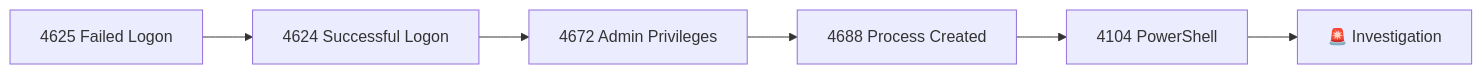
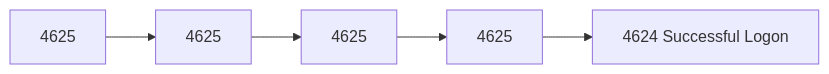
Before and after one commit to sadbattery/Windows-Event-IDs-Cheatsheet: the second of 6 diagrams in docs/authentication/4624-successful-logon.md, drawn with Mermaid. The commit also changed other lines of this file, not shown here.

````diff
--- a/docs/authentication/4624-successful-logon.md
+++ b/docs/authentication/4624-successful-logon.md
@@ -185,17 +277,8 @@
 ```mermaid
 flowchart LR
-
-A[4625 Failed Logon]
-
-B[4624 Successful Logon]
-
-C[4672 Admin Privileges]
-
-D[4688 Process Created]
-
-E[4104 PowerShell]
-
-F[🚨 Investigation]
-
-A --> B --> C --> D --> E --> F
+    A[4625]
+    --> B[4625]
+    --> C[4625]
+    --> D[4625]
+    --> E[4624 Successful Logon]
 ```
````
